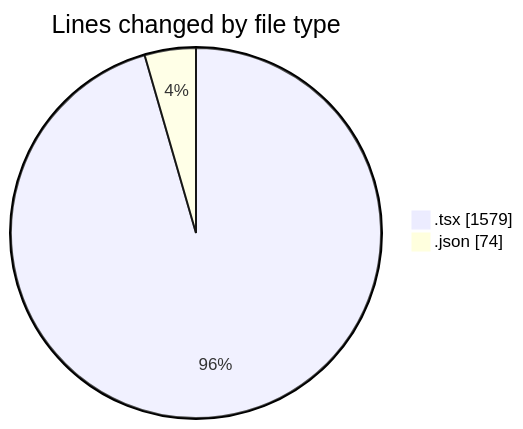
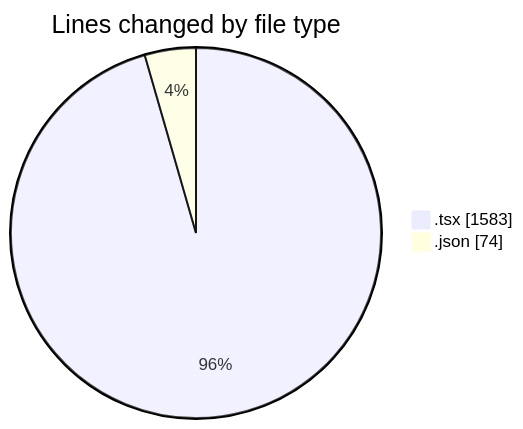
The first of 2 diagrams in 2025-04-08/cda/README.md (momahboobian/code-tracking), drawn with Mermaid before and after one commit. The commit also changed other lines of this file and 1 other file, not shown here.

````diff
--- a/2025-04-08/cda/README.md
+++ b/2025-04-08/cda/README.md
@@ -22,6 +22,6 @@
 ```mermaid
 pie showData
 title Lines changed by file type
-".tsx" : 1579
+".tsx" : 1583
 ".json" : 74
 ```
````
